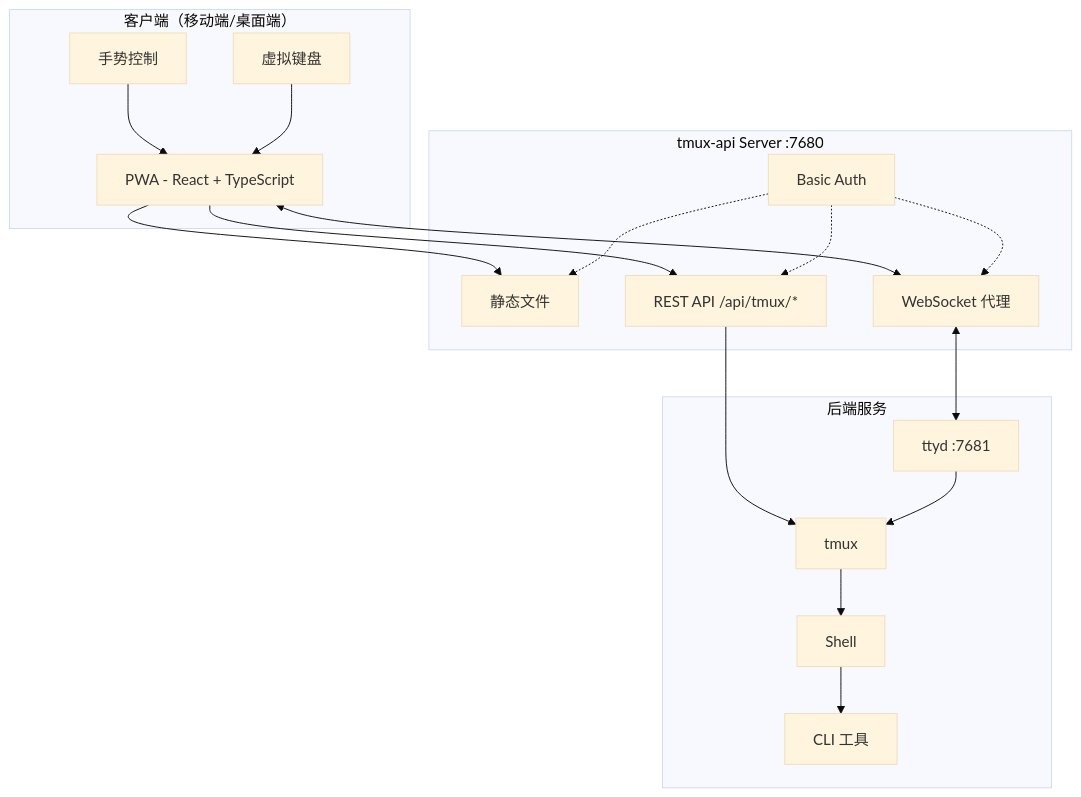
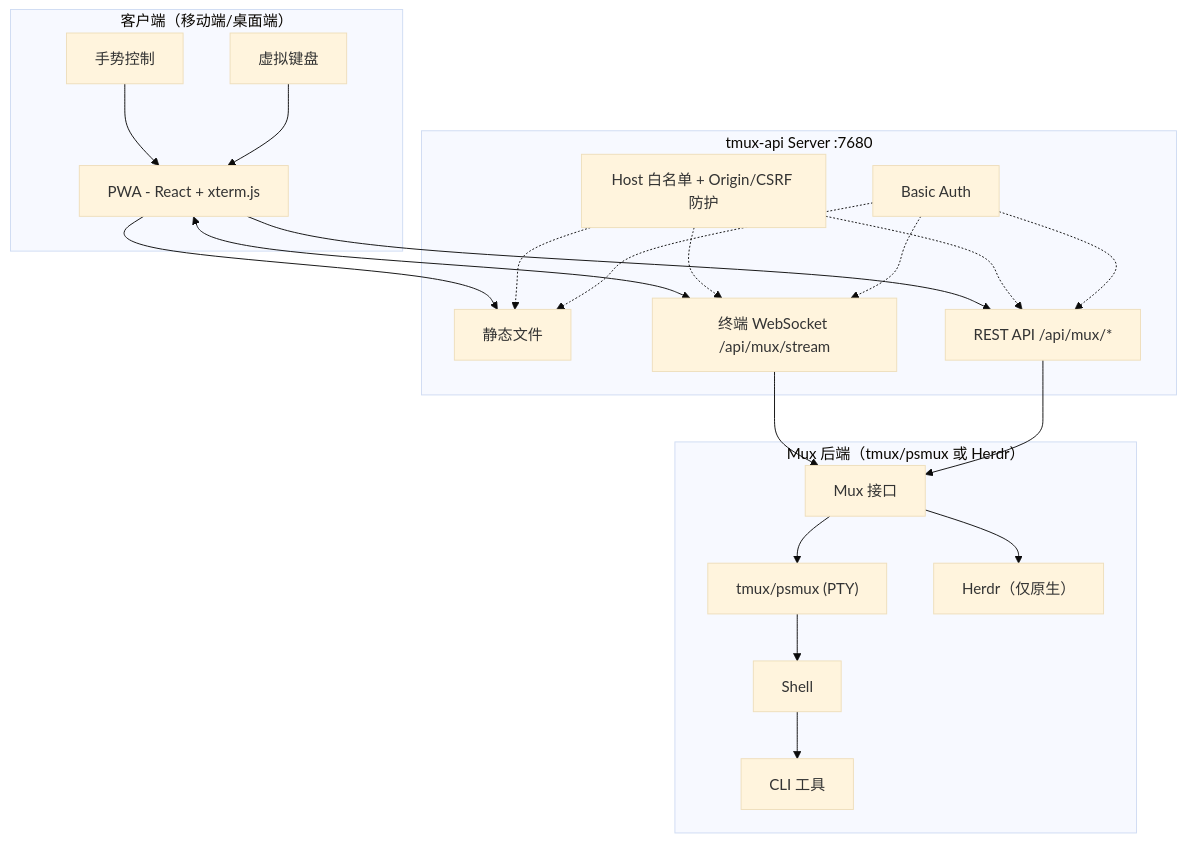
The first of 2 diagrams in README.zh-CN.md (lamngockhuong/termote), drawn with Mermaid (base theme) before and after one commit. The commit also changed other lines of this file and 16 other files, not shown here.

````diff
--- a/README.zh-CN.md
+++ b/README.zh-CN.md
@@ -58,32 +59,36 @@
 ```mermaid
 flowchart TB
     subgraph Client["客户端（移动端/桌面端）"]
-        PWA["PWA - React + TypeScript"]
+        PWA["PWA - React + xterm.js"]
         Gestures["手势控制"]
         Keyboard["虚拟键盘"]
     end
 
     subgraph Server["tmux-api Server :7680"]
         Static["静态文件"]
-        Proxy["WebSocket 代理"]
-        API["REST API /api/tmux/*"]
+        Stream["终端 WebSocket /api/mux/stream"]
+        API["REST API /api/mux/*"]
+        Guard["Host 白名单 + Origin/CSRF 防护"]
         Auth["Basic Auth"]
     end
 
-    subgraph Backend["后端服务"]
-        ttyd["ttyd :7681"]
-        tmux["tmux"]
+    subgraph Backend["Mux 后端（tmux/psmux 或 Herdr）"]
+        Mux["Mux 接口"]
+        tmux["tmux/psmux (PTY)"]
+        herdr["Herdr（仅原生）"]
         Shell["Shell"]
         Tools["CLI 工具"]
     end
 
     Gestures --> PWA
     Keyboard --> PWA
     PWA --> Static
-    PWA <--> Proxy
+    PWA <--> Stream
     PWA --> API
-    Auth -.-> Static & Proxy & API
-    Proxy <--> ttyd
-    API --> tmux
-    ttyd --> tmux --> Shell --> Tools
+    Guard -.-> Static & Stream & API
+    Auth -.-> Static & Stream & API
+    Stream --> Mux
+    API --> Mux
+    Mux --> tmux & herdr
+    tmux --> Shell --> Tools
 ```
````
